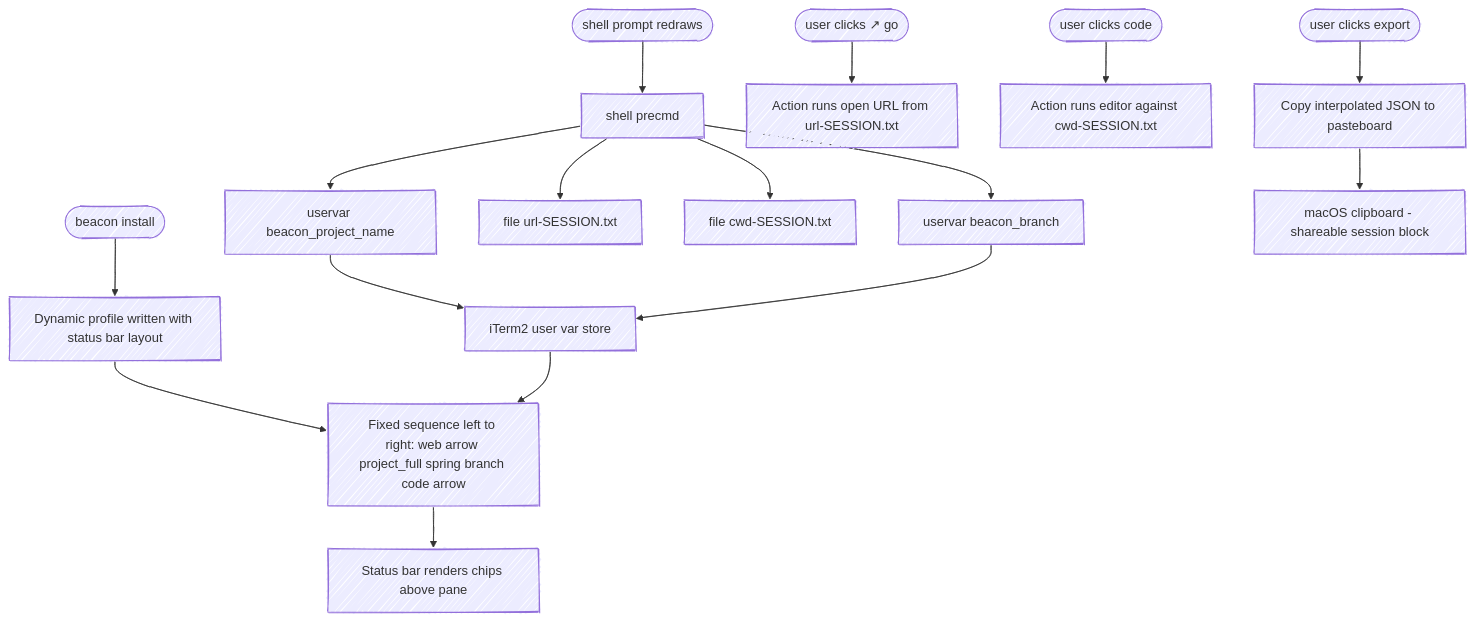
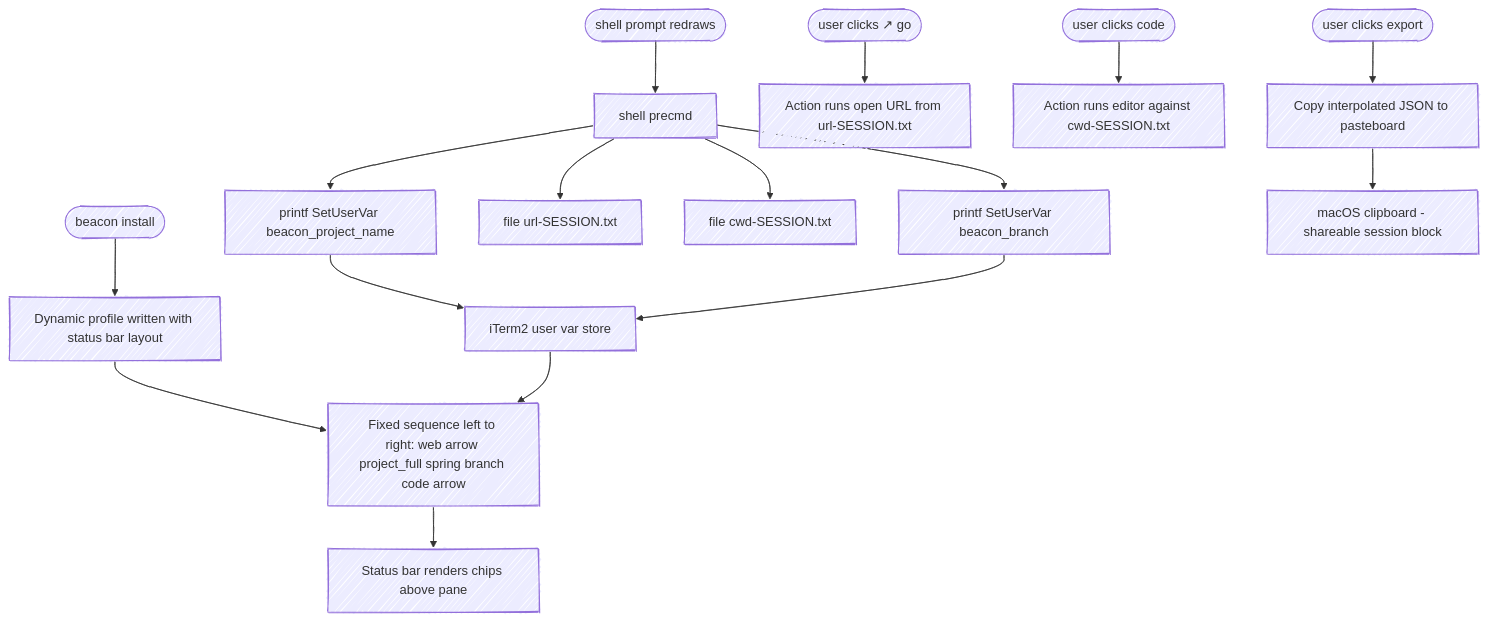
The second of 2 diagrams in SPEC.md (chris-peterson/beacon), drawn with Mermaid before and after one commit. The commit also changed other lines of this file and 5 other files, not shown here.

````diff
--- a/SPEC.md
+++ b/SPEC.md
@@ -554,24 +554,24 @@
 ```mermaid
 %%{ init: { 'look': 'handDrawn' } }%%
 flowchart TB
     PROMPT([shell prompt redraws])
     PROMPT --> PRECMD[shell precmd]
-    PRECMD --> S1[uservar beacon_project_name]
-    PRECMD --> S2[uservar beacon_branch]
+    PRECMD --> S1[printf SetUserVar beacon_project_name]
+    PRECMD --> S2[printf SetUserVar beacon_branch]
     PRECMD --> SF1[file url-SESSION.txt]
     PRECMD --> SF2[file cwd-SESSION.txt]
     INSTALL([beacon install])
     INSTALL --> PROFILE[Dynamic profile written with status bar layout]
     PROFILE --> CHIPS[Fixed sequence left to right: web arrow project_full spring branch code arrow]
     S1 --> STORE[iTerm2 user var store]
     S2 --> STORE
     STORE --> CHIPS
     CHIPS --> RENDER2[Status bar renders chips above pane]
     CLICK_GO([user clicks ↗ go])
     CLICK_GO --> A_GO[Action runs open URL from url-SESSION.txt]
     CLICK_CODE([user clicks code])
     CLICK_CODE --> A_CODE[Action runs editor against cwd-SESSION.txt]
     CLICK_EXPORT([user clicks export])
     CLICK_EXPORT --> A_EXPORT[Copy interpolated JSON to pasteboard]
     A_EXPORT --> CLIP[macOS clipboard - shareable session block]
 ```
````
